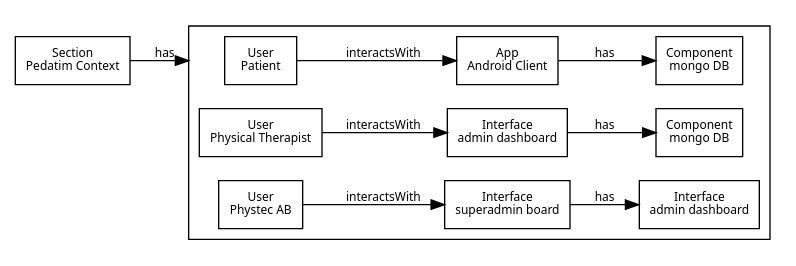
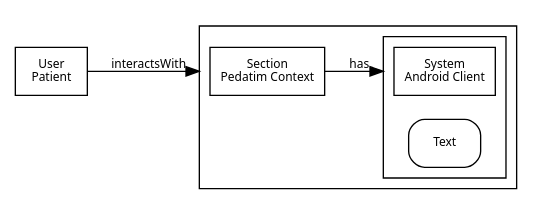
One commit to Filip-Lennhager/ETSN15 changed the diagram in Lab1/pedatim-nested.dot. Above: the diagram before and after it, drawn with Graphviz. The commit also changed 7 other files, not shown here.

```diff
--- a/Lab1/pedatim-nested.dot
+++ b/Lab1/pedatim-nested.dot
@@ -1,54 +1,24 @@
 digraph "reqT.Model" { 
 
   compound=true;overlap=false;rankdir=LR;clusterrank=local;
   node [fontname="Sans", fontsize=9];
   edge [fontname="Sans", fontsize=9];
 
 
-//subGraphPre(Section(Pedatim Context),has,User(Patient),/)
+//subGraphPre(User(Patient),interactsWith,Section(Pedatim Context),/)
 
-  "/Section(Pedatim Context)" [label="Section\nPedatim Context", shape=box];
-  "/Section(Pedatim Context)" ->   "/Section(Pedatim Context).has/User(Patient)" [label=has, lhead="cluster_Section(Pedatim Context)"];
-  subgraph "cluster_Section(Pedatim Context)" { 
+  "/User(Patient)" [label="User\nPatient", shape=box];
+  "/User(Patient)" ->   "/User(Patient).interactsWith/Section(Pedatim Context)" [label=interactsWith, lhead="cluster_User(Patient)"];
+  subgraph "cluster_User(Patient)" { 
 
-//singleSubnodeLink(User(Patient),interactsWith,App(Android Client),Section(Pedatim Context).has/)
+//subGraphPre(Section(Pedatim Context),has,System(Android Client),User(Patient).interactsWith/)
 
-    "/Section(Pedatim Context).has/User(Patient)" [label="User\nPatient", shape=box];
-    "/Section(Pedatim Context).has/User(Patient).interactsWith/App(Android Client)" [label="App\nAndroid Client", shape=box];
-    "/Section(Pedatim Context).has/User(Patient)" ->   "/Section(Pedatim Context).has/User(Patient).interactsWith/App(Android Client)"[label=interactsWith];
-
-//singleSubnodeLink(App(Android Client),has,Component(mongo DB),Section(Pedatim Context).has/User(Patient).interactsWith/)
-
-      "/Section(Pedatim Context).has/User(Patient).interactsWith/App(Android Client)" [label="App\nAndroid Client", shape=box];
-      "/Section(Pedatim Context).has/User(Patient).interactsWith/App(Android Client).has/Component(mongo DB)" [label="Component\nmongo DB", shape=box];
-      "/Section(Pedatim Context).has/User(Patient).interactsWith/App(Android Client)" ->   "/Section(Pedatim Context).has/User(Patient).interactsWith/App(Android Client).has/Component(mongo DB)"[label=has];
-        "/Section(Pedatim Context).has/User(Patient).interactsWith/App(Android Client).has/Component(mongo DB)" [label="Component\nmongo DB", shape=box];
-
-//singleSubnodeLink(User(Physical Therapist),interactsWith,Interface(admin dashboard),Section(Pedatim Context).has/)
-
-    "/Section(Pedatim Context).has/User(Physical Therapist)" [label="User\nPhysical Therapist", shape=box];
-    "/Section(Pedatim Context).has/User(Physical Therapist).interactsWith/Interface(admin dashboard)" [label="Interface\nadmin dashboard", shape=box];
-    "/Section(Pedatim Context).has/User(Physical Therapist)" ->   "/Section(Pedatim Context).has/User(Physical Therapist).interactsWith/Interface(admin dashboard)"[label=interactsWith];
-
-//singleSubnodeLink(Interface(admin dashboard),has,Component(mongo DB),Section(Pedatim Context).has/User(Physical Therapist).interactsWith/)
-
-      "/Section(Pedatim Context).has/User(Physical Therapist).interactsWith/Interface(admin dashboard)" [label="Interface\nadmin dashboard", shape=box];
-      "/Section(Pedatim Context).has/User(Physical Therapist).interactsWith/Interface(admin dashboard).has/Component(mongo DB)" [label="Component\nmongo DB", shape=box];
-      "/Section(Pedatim Context).has/User(Physical Therapist).interactsWith/Interface(admin dashboard)" ->   "/Section(Pedatim Context).has/User(Physical Therapist).interactsWith/Interface(admin dashboard).has/Component(mongo DB)"[label=has];
-        "/Section(Pedatim Context).has/User(Physical Therapist).interactsWith/Interface(admin dashboard).has/Component(mongo DB)" [label="Component\nmongo DB", shape=box];
-
-//singleSubnodeLink(User(Phystec AB),interactsWith,Interface(superadmin board),Section(Pedatim Context).has/)
-
-    "/Section(Pedatim Context).has/User(Phystec AB)" [label="User\nPhystec AB", shape=box];
-    "/Section(Pedatim Context).has/User(Phystec AB).interactsWith/Interface(superadmin board)" [label="Interface\nsuperadmin board", shape=box];
-    "/Section(Pedatim Context).has/User(Phystec AB)" ->   "/Section(Pedatim Context).has/User(Phystec AB).interactsWith/Interface(superadmin board)"[label=interactsWith];
-
-//singleSubnodeLink(Interface(superadmin board),has,Interface(admin dashboard),Section(Pedatim Context).has/User(Phystec AB).interactsWith/)
-
-      "/Section(Pedatim Context).has/User(Phystec AB).interactsWith/Interface(superadmin board)" [label="Interface\nsuperadmin board", shape=box];
-      "/Section(Pedatim Context).has/User(Phystec AB).interactsWith/Interface(superadmin board).has/Interface(admin dashboard)" [label="Interface\nadmin dashboard", shape=box];
-      "/Section(Pedatim Context).has/User(Phystec AB).interactsWith/Interface(superadmin board)" ->   "/Section(Pedatim Context).has/User(Phystec AB).interactsWith/Interface(superadmin board).has/Interface(admin dashboard)"[label=has];
-        "/Section(Pedatim Context).has/User(Phystec AB).interactsWith/Interface(superadmin board).has/Interface(admin dashboard)" [label="Interface\nadmin dashboard", shape=box];
+    "/User(Patient).interactsWith/Section(Pedatim Context)" [label="Section\nPedatim Context", shape=box];
+    "/User(Patient).interactsWith/Section(Pedatim Context)" ->   "/User(Patient).interactsWith/Section(Pedatim Context).has/System(Android Client)" [label=has, lhead="cluster_Section(Pedatim Context)"];
+    subgraph "cluster_Section(Pedatim Context)" { 
+      "/User(Patient).interactsWith/Section(Pedatim Context).has/System(Android Client)" [label="System\nAndroid Client", shape=box];
+      "/User(Patient).interactsWith/Section(Pedatim Context).has/Text()" [label="Text\n", shape=box, style=rounded];
+    }
   }
 
 }
```
